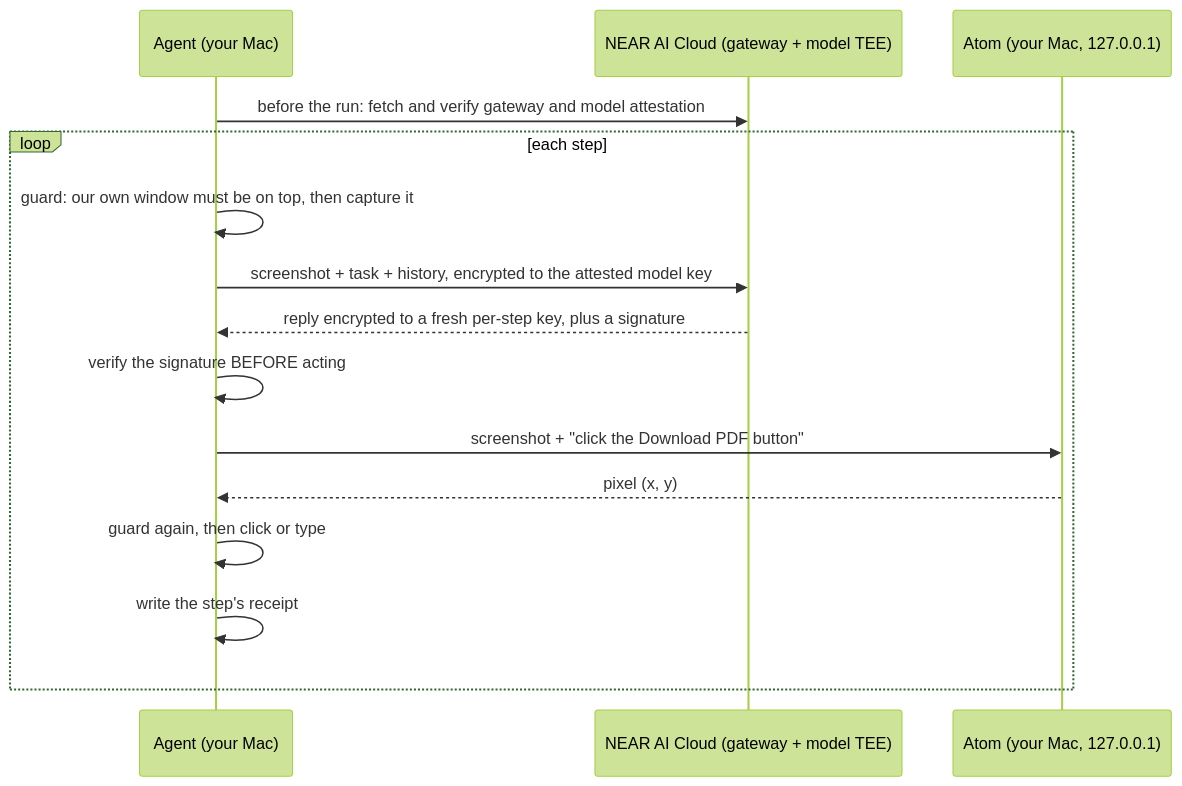
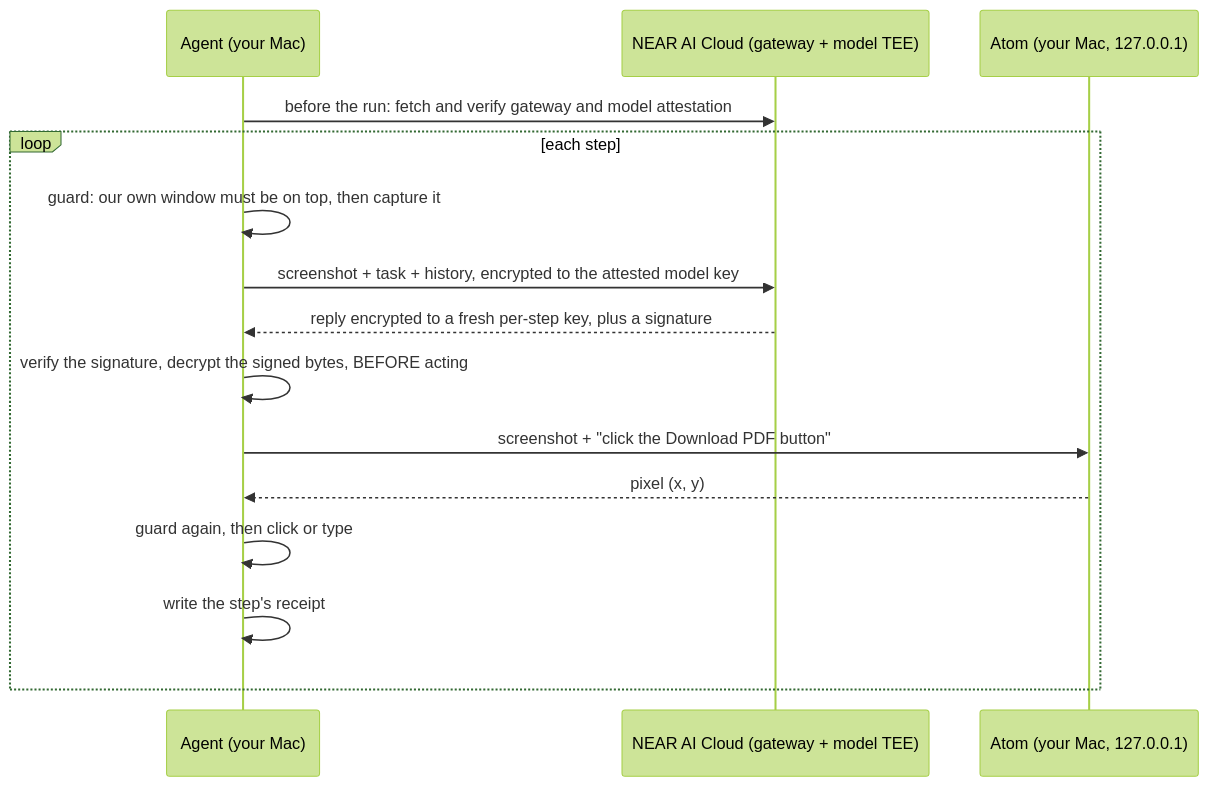
The diagram in README.md (akshatcoder-hash/private-computer-use-agent), drawn with Mermaid (forest theme) before and after one commit. The commit also changed other lines of this file and 2 other files, not shown here.

````diff
--- a/README.md
+++ b/README.md
@@ -16,17 +16,17 @@
 ```mermaid
 sequenceDiagram
     participant A as Agent (your Mac)
     participant N as NEAR AI Cloud (gateway + model TEE)
     participant T as Atom (your Mac, 127.0.0.1)
     A->>N: before the run: fetch and verify gateway and model attestation
     loop each step
         A->>A: guard: our own window must be on top, then capture it
         A->>N: screenshot + task + history, encrypted to the attested model key
         N-->>A: reply encrypted to a fresh per-step key, plus a signature
-        A->>A: verify the signature BEFORE acting
+        A->>A: verify the signature, decrypt the signed bytes, BEFORE acting
         A->>T: screenshot + "click the Download PDF button"
         T-->>A: pixel (x, y)
         A->>A: guard again, then click or type
         A->>A: write the step's receipt
     end
 ```
````
